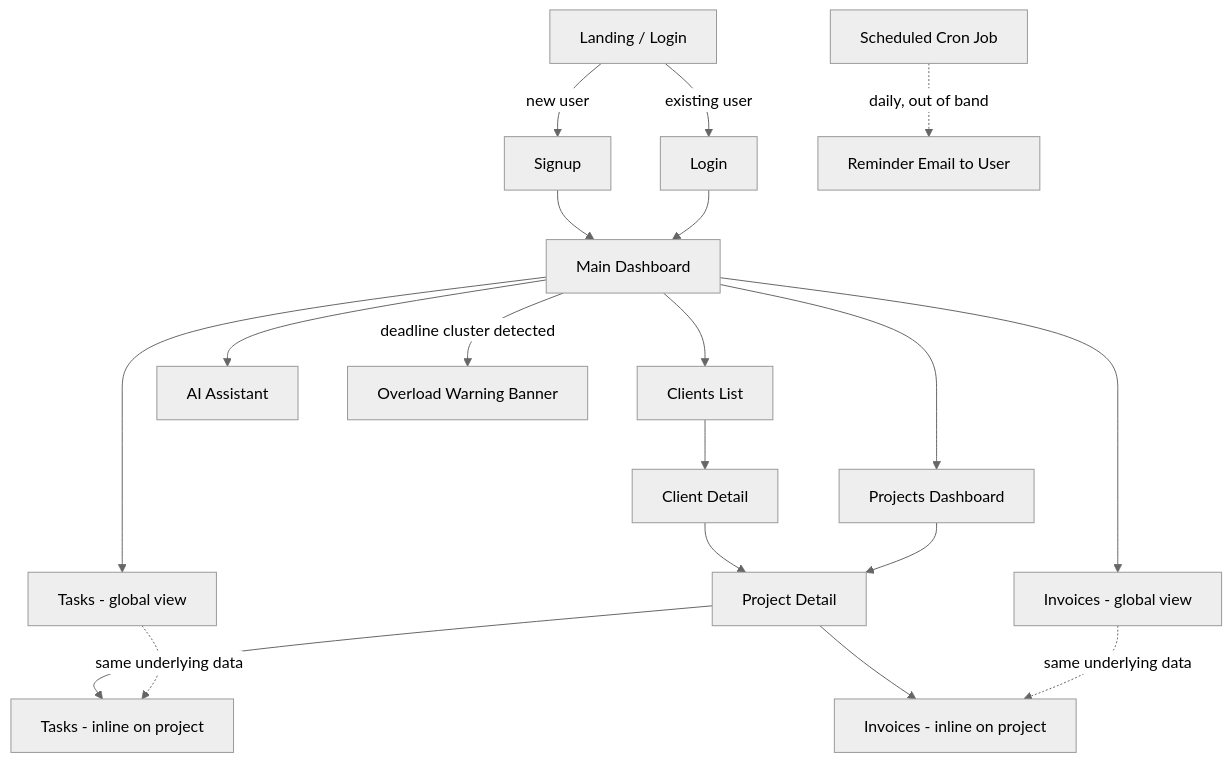
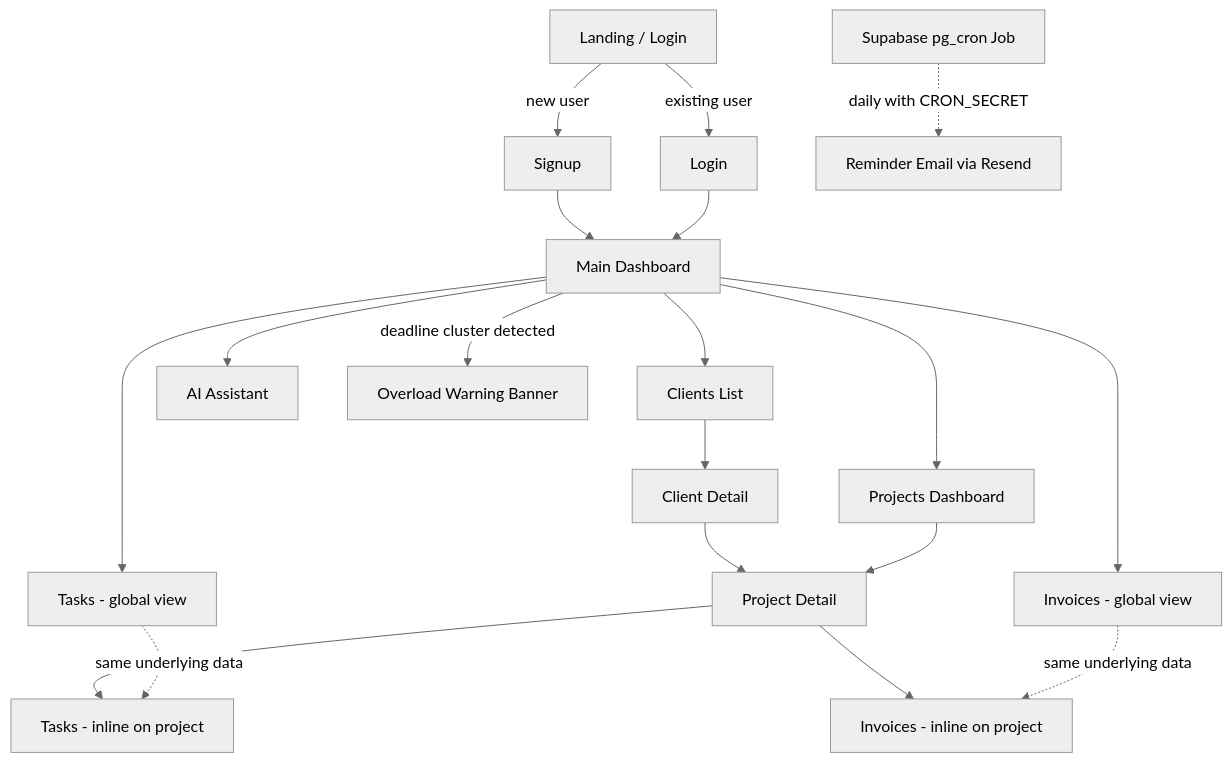
One commit to Krish2905-cell/WORKLEDGER changed the diagram in documents/AppFlow.md. Above: the diagram before and after it, drawn with Mermaid (neutral theme). The commit also changed other lines of this file and 38 other files, not shown here.

````diff
--- a/documents/AppFlow.md
+++ b/documents/AppFlow.md
@@ -7,21 +7,21 @@
 ```mermaid
 flowchart TD
     A[Landing / Login] -->|new user| B[Signup]
     A -->|existing user| C[Login]
     B --> D[Main Dashboard]
     C --> D[Main Dashboard]
     D --> E[Clients List]
     D --> F[Projects Dashboard]
     D --> T[Tasks - global view]
     D --> V[Invoices - global view]
     D --> G[AI Assistant]
     E --> E1[Client Detail]
     E1 --> F1[Project Detail]
     F --> F1[Project Detail]
     F1 --> H[Tasks - inline on project]
     F1 --> I[Invoices - inline on project]
     T -.->|same underlying data| H
     V -.->|same underlying data| I
     D -->|deadline cluster detected| J[Overload Warning Banner]
-    K[Scheduled Cron Job] -.->|daily, out of band| L[Reminder Email to User]
+    K[Supabase pg_cron Job] -.->|daily with CRON_SECRET| L[Reminder Email via Resend]
 ```
````
